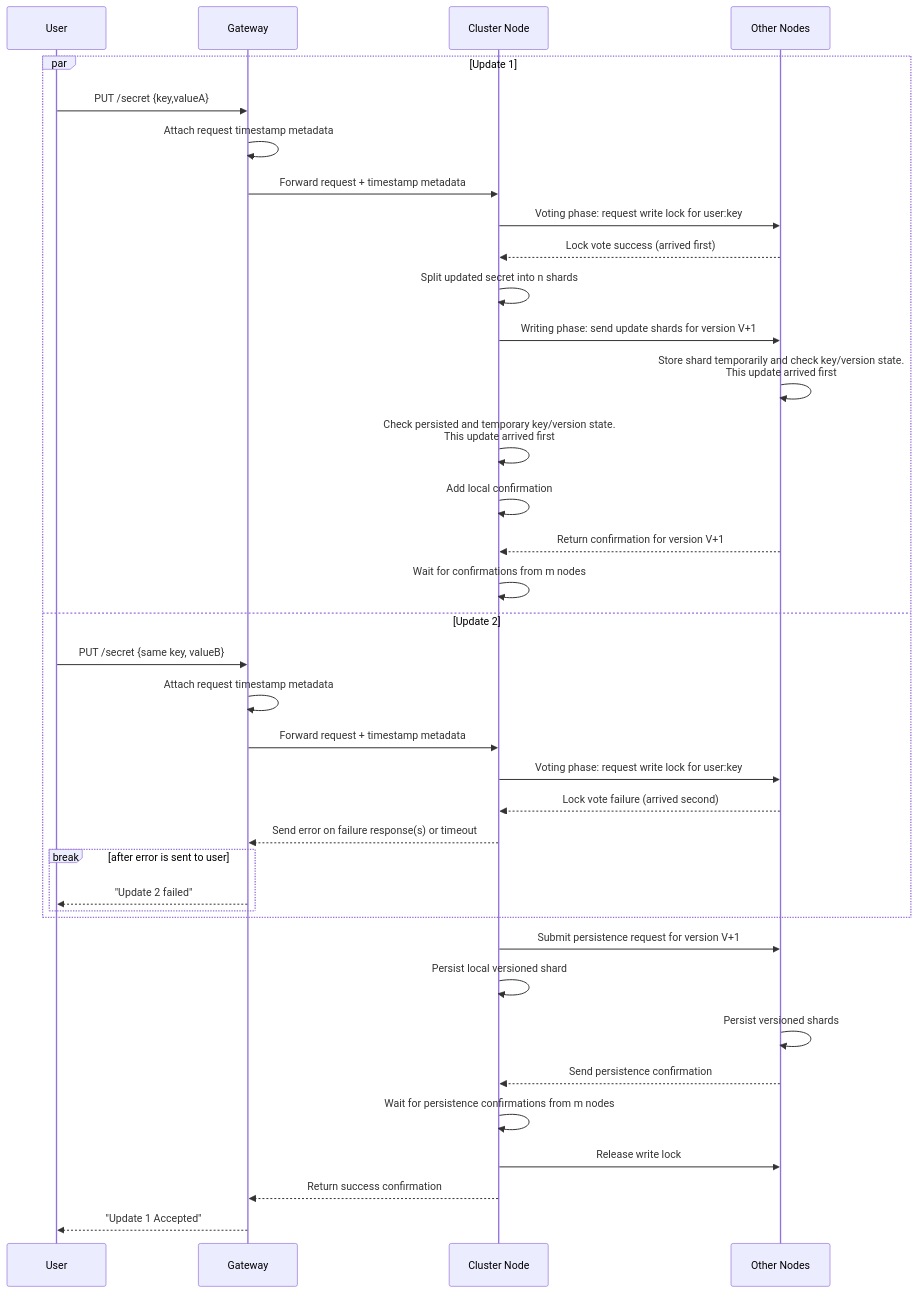
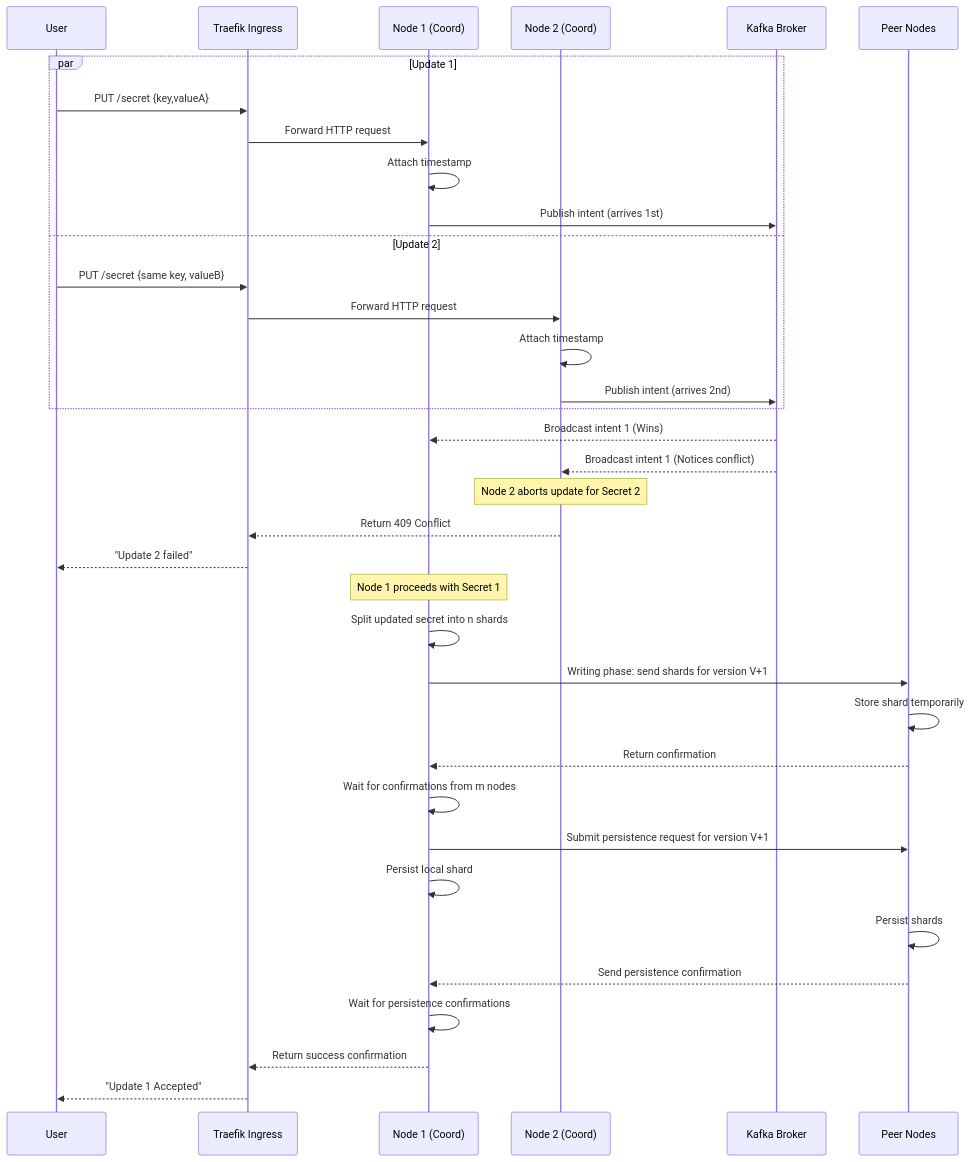
Before and after one commit to S26-Distributed-Capstone/DistributedSecretsVault: the second of 2 diagrams in docs/crud/update.md, drawn with Mermaid. The commit also changed other lines of this file and 7 other files, not shown here.

````diff
--- a/docs/crud/update.md
+++ b/docs/crud/update.md
@@ -70,39 +72,42 @@
 ```mermaid
 sequenceDiagram
     participant User
-    participant Gateway
-    participant Node as Cluster Node
-    participant Peers as Other Nodes
+    participant Ingress as Traefik Ingress
+    participant Node1 as Node 1 (Coord)
+    participant Node2 as Node 2 (Coord)
+    participant Kafka as Kafka Broker
+    participant Peers as Peer Nodes
+    
     par Update 1
-      User->>Gateway: PUT /secret {key,valueA}
-      Gateway->>Gateway: Attach request timestamp metadata
-      Gateway->>Node: Forward request + timestamp metadata
-      Node->>Peers: Voting phase: request write lock for user:key
-      Peers-->>Node: Lock vote success (arrived first)
-      Node->>Node: Split updated secret into n shards
-      Node->>Peers: Writing phase: send update shards for version V+1
-      Peers->>Peers: Store shard temporarily and check key/version state.<br>This update arrived first
-      Node->>Node: Check persisted and temporary key/version state.<br>This update arrived first
-      Node->>Node: Add local confirmation
-      Peers-->>Node: Return confirmation for version V+1
-      Node->>Node: Wait for confirmations from m nodes
+      User->>Ingress: PUT /secret {key,valueA}
+      Ingress->>Node1: Forward HTTP request
+      Node1->>Node1: Attach timestamp
+      Node1->>Kafka: Publish intent (arrives 1st)
     and Update 2
-      User->>Gateway: PUT /secret {same key, valueB}
-      Gateway->>Gateway: Attach request timestamp metadata
-      Gateway->>Node: Forward request + timestamp metadata
-      Node->>Peers: Voting phase: request write lock for user:key
-      Peers-->>Node: Lock vote failure (arrived second)
-      Node-->>Gateway: Send error on failure response(s) or timeout
-      break after error is sent to user
-        Gateway-->>User: "Update 2 failed"
-      end
+      User->>Ingress: PUT /secret {same key, valueB}
+      Ingress->>Node2: Forward HTTP request
+      Node2->>Node2: Attach timestamp
+      Node2->>Kafka: Publish intent (arrives 2nd)
     end
-    Node->>Peers: Submit persistence request for version V+1
-    Node->>Node: Persist local versioned shard
-    Peers->>Peers: Persist versioned shards
-    Peers-->>Node: Send persistence confirmation
-    Node->>Node: Wait for persistence confirmations from m nodes
-    Node->>Peers: Release write lock
-    Node-->>Gateway: Return success confirmation
-    Gateway-->>User: "Update 1 Accepted"
+    
+    Kafka-->>Node1: Broadcast intent 1 (Wins)
+    Kafka-->>Node2: Broadcast intent 1 (Notices conflict)
+    
+    Note over Node2: Node 2 aborts update for Secret 2
+    Node2-->>Ingress: Return 409 Conflict
+    Ingress-->>User: "Update 2 failed"
+    
+    Note over Node1: Node 1 proceeds with Secret 1
+    Node1->>Node1: Split updated secret into n shards
+    Node1->>Peers: Writing phase: send shards for version V+1
+    Peers->>Peers: Store shard temporarily
+    Peers-->>Node1: Return confirmation
+    Node1->>Node1: Wait for confirmations from m nodes
+    Node1->>Peers: Submit persistence request for version V+1
+    Node1->>Node1: Persist local shard
+    Peers->>Peers: Persist shards
+    Peers-->>Node1: Send persistence confirmation
+    Node1->>Node1: Wait for persistence confirmations
+    Node1-->>Ingress: Return success confirmation
+    Ingress-->>User: "Update 1 Accepted"
 ```
````
